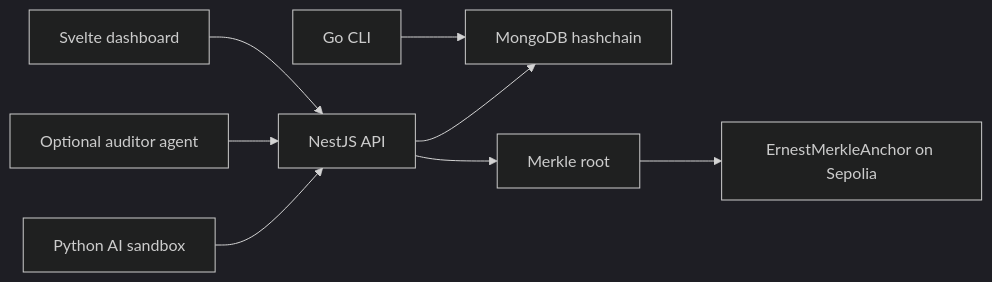
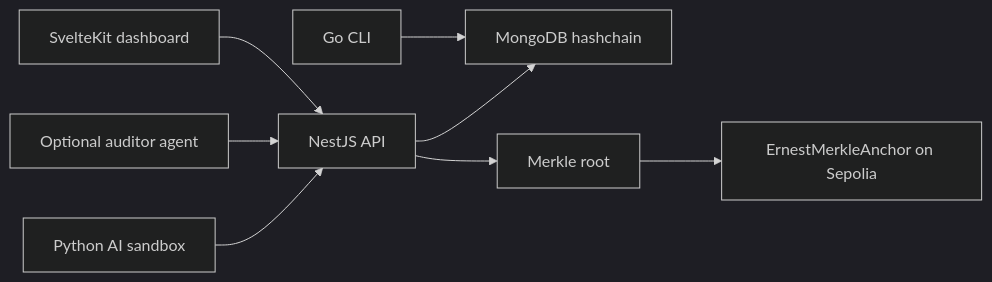
One commit to ccastromar/ai-blockchain-provenance changed the diagram in README.md. Above: the diagram before and after it, drawn with Mermaid (dark theme). The commit also changed other lines of this file and 7 other files, not shown here.

````diff
--- a/README.md
+++ b/README.md
@@ -29,10 +43,10 @@
 ```mermaid
 flowchart LR
-  UI["Svelte dashboard"] --> API["NestJS API"]
+  UI["SvelteKit dashboard"] --> API["NestJS API"]
   CLI["Go CLI"] --> Mongo["MongoDB hashchain"]
   API --> Mongo
   API --> Merkle["Merkle root"]
   Merkle --> Contract["ErnestMerkleAnchor on Sepolia"]
   Auditor["Optional auditor agent"] --> API
   Sandbox["Python AI sandbox"] --> API
 ```
````
